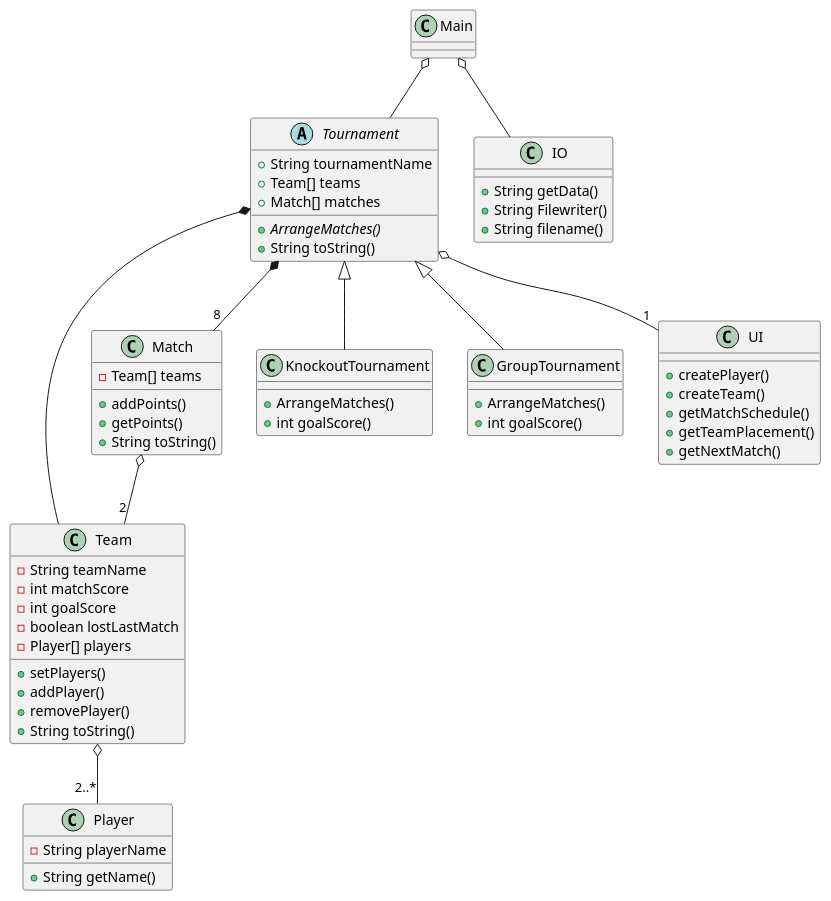
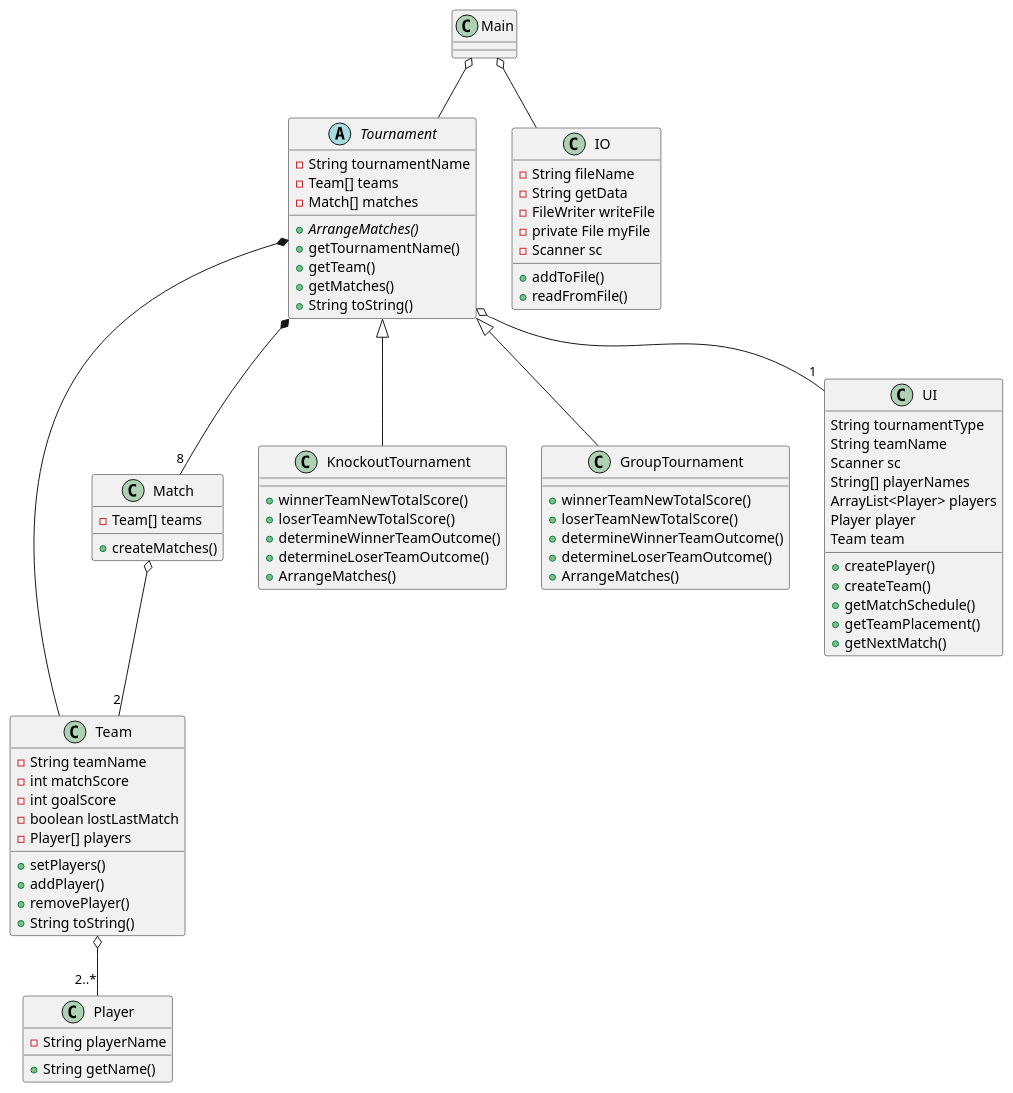
Before and after one commit to DeRp-DaWg/SP3: the diagram in doc/Class.puml, drawn with PlantUML.

Commit message:
Lavet af Andreas

```diff
--- a/doc/Class.puml
+++ b/doc/Class.puml
@@ -1,73 +1,91 @@
 @startuml
 'https://plantuml.com/class-diagram
 
 class Player {
 -String playerName
 +String getName()
 }
 
 class Team {
 -String teamName
 -int matchScore
 -int goalScore
 -boolean lostLastMatch
 -Player[] players
 +setPlayers()
 +addPlayer()
 +removePlayer()
 +String toString()
 }
 
 class Match{
 -Team[] teams
-+addPoints()
-+getPoints()
-+String toString()
++createMatches()
 }
 
 abstract Tournament {
-+String tournamentName
-+Team[] teams
-+Match[] matches
+-String tournamentName
+-Team[] teams
+-Match[] matches
 +{abstract}ArrangeMatches()
++getTournamentName()
++getTeam()
++getMatches()
 +String toString()
 }
 
 class KnockoutTournament{
++winnerTeamNewTotalScore()
++loserTeamNewTotalScore()
++determineWinnerTeamOutcome()
++determineLoserTeamOutcome()
 +ArrangeMatches()
-+int goalScore()
 }
 
 class GroupTournament{
++winnerTeamNewTotalScore()
++loserTeamNewTotalScore()
++determineWinnerTeamOutcome()
++determineLoserTeamOutcome()
 +ArrangeMatches()
-+int goalScore()
 }
 
 class UI {
+String tournamentType
+String teamName
+Scanner sc
+String[] playerNames
+ArrayList<Player> players
+Player player
+Team team
 +createPlayer()
 +createTeam()
 +getMatchSchedule()
 +getTeamPlacement()
 +getNextMatch()
 }
 
 class IO {
-+String getData()
-+String Filewriter()
-+String filename()
+-String fileName
+-String getData
+-FileWriter writeFile
+-private File myFile
+-Scanner sc
++addToFile()
++readFromFile()
 }
 
 class Main{
 }
 
 Main o-- Tournament
 Main o-- IO
 Tournament o-- "1" UI
 Tournament *-- "8" Match
 Tournament *-- Team
 Match o-- "2" Team
 Team o-- "2..*" Player
 Tournament <|-- KnockoutTournament
 Tournament <|-- GroupTournament
 
 @enduml
```
